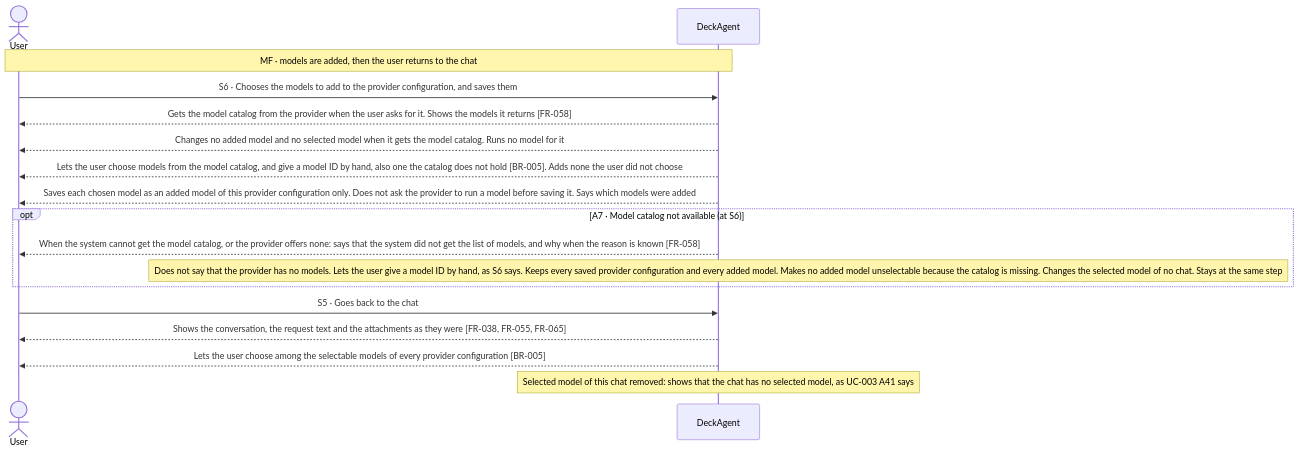
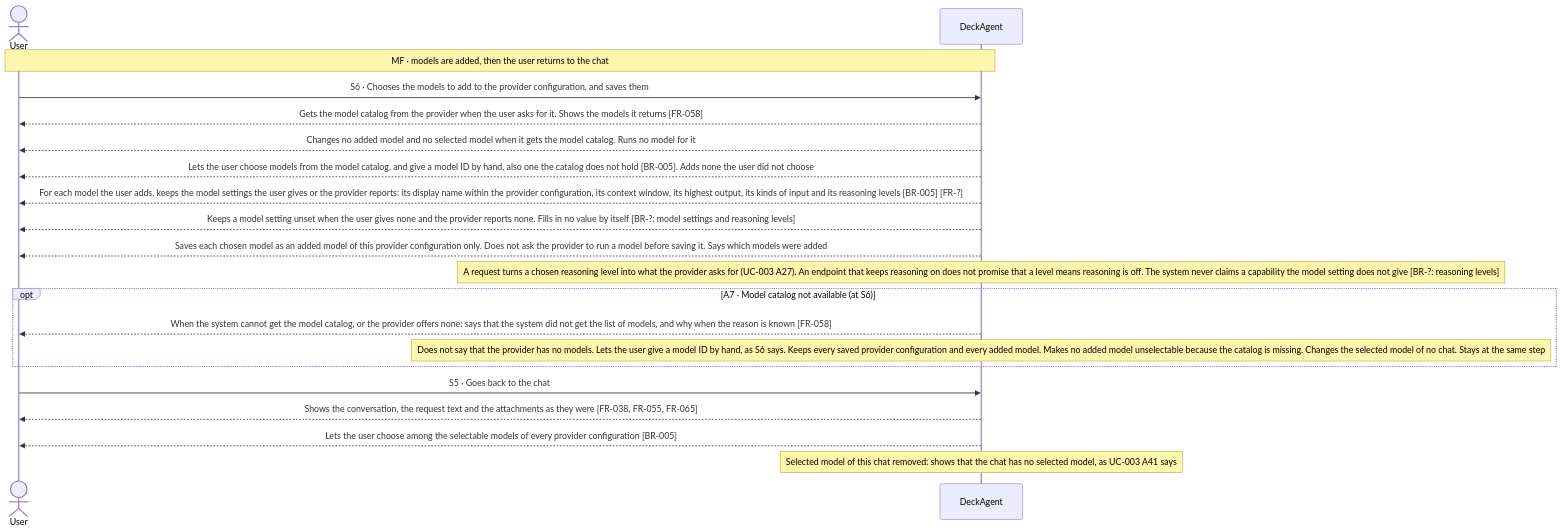
Before and after one commit to Luke23127006/DeckAgent: the third of 3 diagrams in docs/spec/03-use-cases/UC-005.md, drawn with Mermaid. The commit also changed other lines of this file and 30 other files, not shown here.

````diff
--- a/docs/spec/03-use-cases/UC-005.md
+++ b/docs/spec/03-use-cases/UC-005.md
@@ -166,19 +167,22 @@
 ```mermaid
 sequenceDiagram
     actor User
     participant DeckAgent
     Note over User,DeckAgent: MF · models are added, then the user returns to the chat
     User->>DeckAgent: S6 · Chooses the models to add to the provider configuration, and saves them
     DeckAgent-->>User: Gets the model catalog from the provider when the user asks for it. Shows the models it returns [FR-058]
     DeckAgent-->>User: Changes no added model and no selected model when it gets the model catalog. Runs no model for it
     DeckAgent-->>User: Lets the user choose models from the model catalog, and give a model ID by hand, also one the catalog does not hold [BR-005]. Adds none the user did not choose
+    DeckAgent-->>User: For each model the user adds, keeps the model settings the user gives or the provider reports: its display name within the provider configuration, its context window, its highest output, its kinds of input and its reasoning levels [BR-005] [FR-?]
+    DeckAgent-->>User: Keeps a model setting unset when the user gives none and the provider reports none. Fills in no value by itself [BR-?: model settings and reasoning levels]
     DeckAgent-->>User: Saves each chosen model as an added model of this provider configuration only. Does not ask the provider to run a model before saving it. Says which models were added
+    note over DeckAgent: A request turns a chosen reasoning level into what the provider asks for (UC-003 A27). An endpoint that keeps reasoning on does not promise that a level means reasoning is off. The system never claims a capability the model setting does not give [BR-?: reasoning levels]
     opt A7 · Model catalog not available (at S6)
         DeckAgent-->>User: When the system cannot get the model catalog, or the provider offers none: says that the system did not get the list of models, and why when the reason is known [FR-058]
         note over DeckAgent: Does not say that the provider has no models. Lets the user give a model ID by hand, as S6 says. Keeps every saved provider configuration and every added model. Makes no added model unselectable because the catalog is missing. Changes the selected model of no chat. Stays at the same step
     end
     User->>DeckAgent: S5 · Goes back to the chat
     DeckAgent-->>User: Shows the conversation, the request text and the attachments as they were [FR-038, FR-055, FR-065]
     DeckAgent-->>User: Lets the user choose among the selectable models of every provider configuration [BR-005]
     note over DeckAgent: Selected model of this chat removed: shows that the chat has no selected model, as UC-003 A41 says
 ```
````
